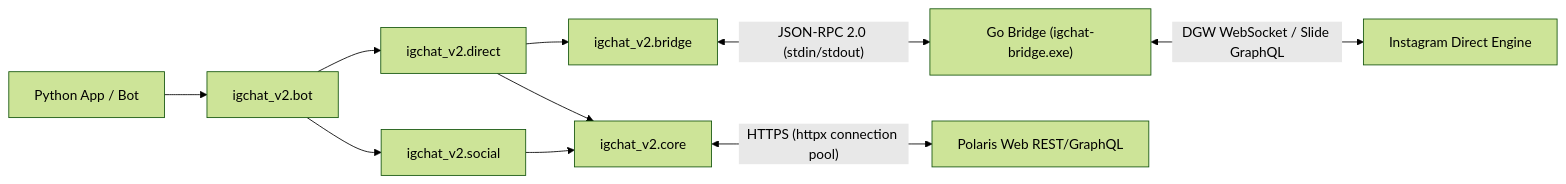
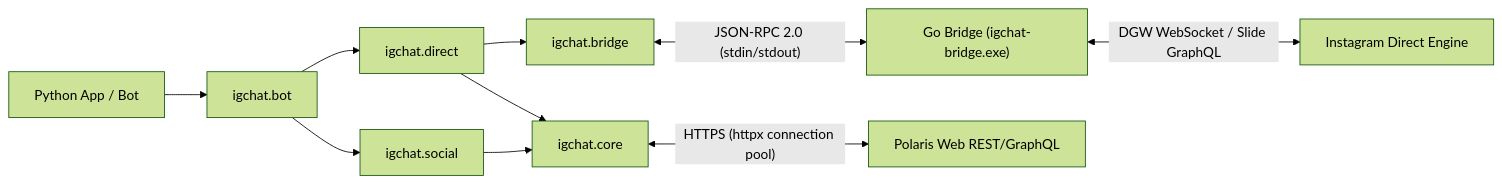
One commit to 0xshijn/igchat-v2 changed the diagram in README_EN.md. Above: the diagram before and after it, drawn with Mermaid (forest theme). The commit also changed other lines of this file and 59 other files, not shown here.

````diff
--- a/README_EN.md
+++ b/README_EN.md
@@ -77,14 +77,14 @@
 ```mermaid
 flowchart LR
-    App["Python App / Bot"] --> BotMod["igchat_v2.bot"]
-    BotMod --> DirectMod["igchat_v2.direct"]
-    BotMod --> SocialMod["igchat_v2.social"]
+    App["Python App / Bot"] --> BotMod["igchat.bot"]
+    BotMod --> DirectMod["igchat.direct"]
+    BotMod --> SocialMod["igchat.social"]
 
-    DirectMod --> BridgeMod["igchat_v2.bridge"]
-    DirectMod --> CoreMod["igchat_v2.core"]
+    DirectMod --> BridgeMod["igchat.bridge"]
+    DirectMod --> CoreMod["igchat.core"]
     SocialMod --> CoreMod
     
     BridgeMod <-->|"JSON-RPC 2.0 (stdin/stdout)"| BridgeGo["Go Bridge (igchat-bridge.exe)"]
     BridgeGo <-->|"DGW WebSocket / Slide GraphQL"| IGDirect["Instagram Direct Engine"]
     CoreMod <-->|"HTTPS (httpx connection pool)"| IGRest["Polaris Web REST/GraphQL"]
 ```
````
